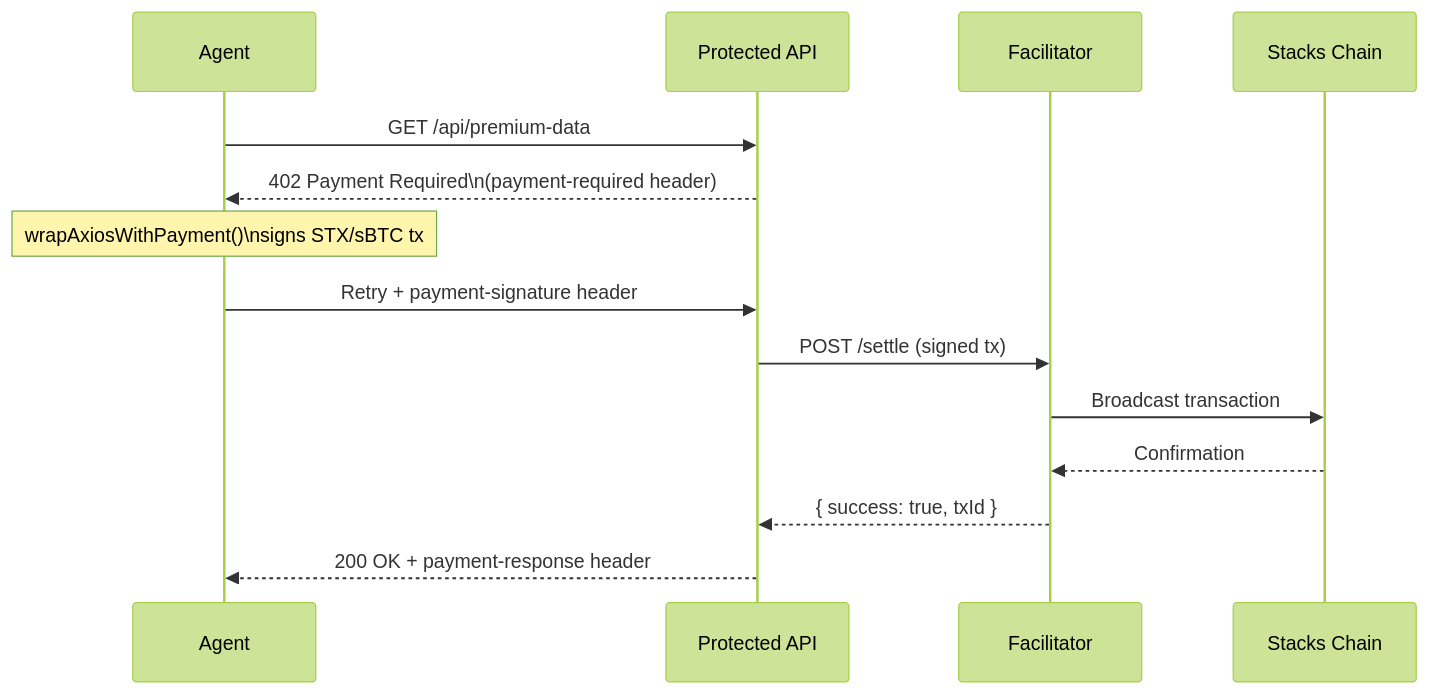
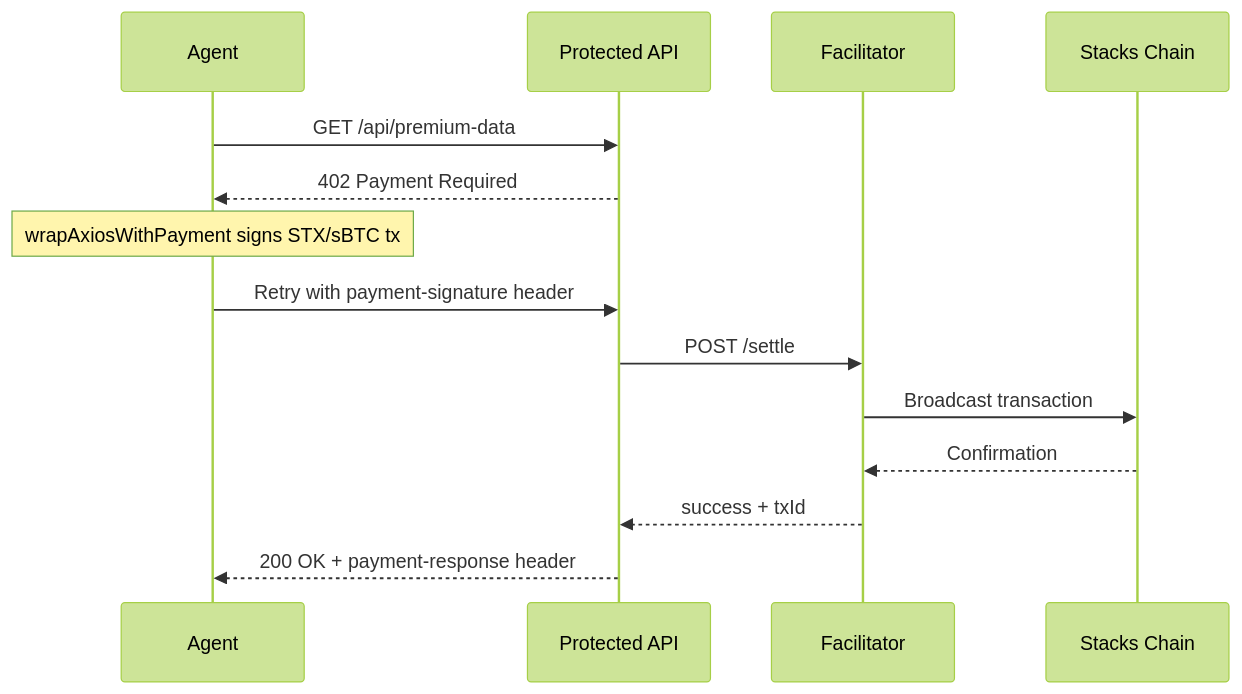
The second of 3 diagrams in README.md (Marvy247/Autonoma-BTC), drawn with Mermaid (forest theme) before and after one commit. The commit also changed other lines of this file, not shown here.

Commit message:
fix: correct Mermaid diagram syntax for GitHub rendering

````diff
--- a/README.md
+++ b/README.md
@@ -66,17 +66,17 @@
 ```mermaid
 sequenceDiagram
     participant Agent
     participant API as Protected API
     participant Fac as Facilitator
     participant Chain as Stacks Chain
 
     Agent->>API: GET /api/premium-data
-    API-->>Agent: 402 Payment Required\n(payment-required header)
-    Note over Agent: wrapAxiosWithPayment()\nsigns STX/sBTC tx
-    Agent->>API: Retry + payment-signature header
-    API->>Fac: POST /settle (signed tx)
+    API-->>Agent: 402 Payment Required
+    Note over Agent: wrapAxiosWithPayment signs STX/sBTC tx
+    Agent->>API: Retry with payment-signature header
+    API->>Fac: POST /settle
     Fac->>Chain: Broadcast transaction
     Chain-->>Fac: Confirmation
-    Fac-->>API: { success: true, txId }
+    Fac-->>API: success + txId
     API-->>Agent: 200 OK + payment-response header
 ```
````
